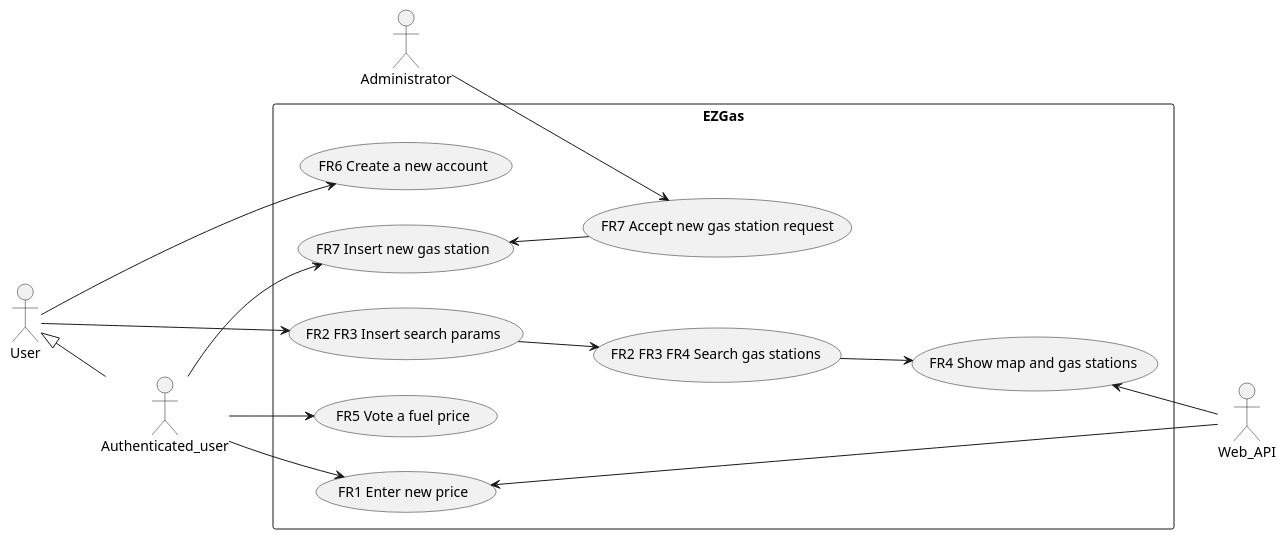
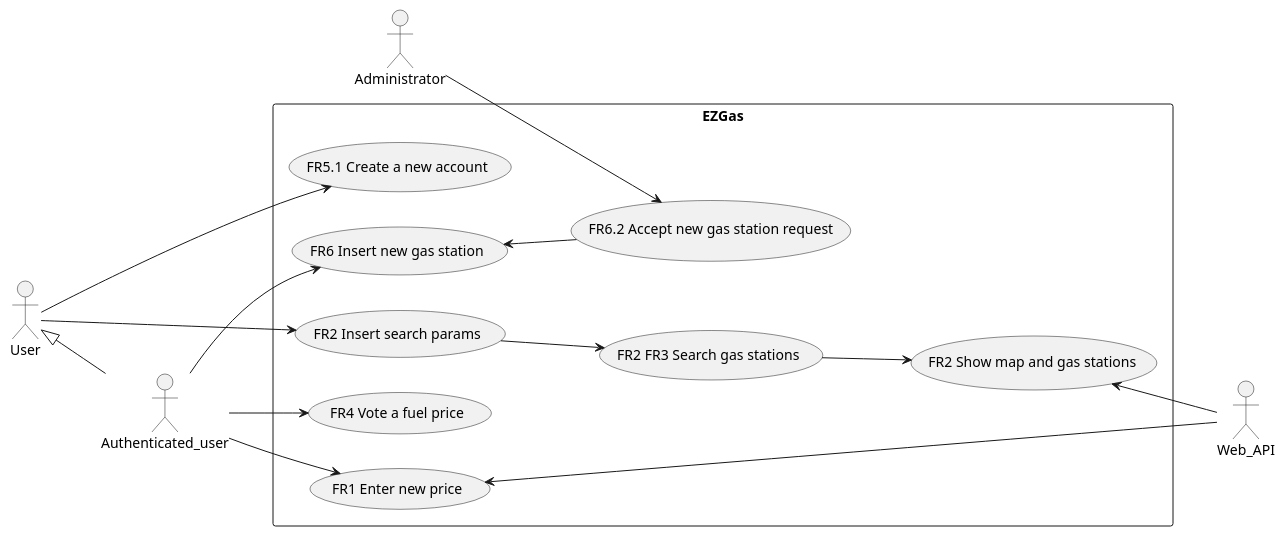
Before and after one commit to SE2-group4/SE1-project: the second of 3 diagrams in docs/RequirementsDocument.md, drawn with PlantUML. The commit also changed other lines of this file, not shown here.

First line of the commit message:
fix: changes to context diagram, FR, UC

````diff
--- a/docs/RequirementsDocument.md
+++ b/docs/RequirementsDocument.md
@@ -116,29 +122,29 @@
 ```plantuml
 @startuml
 
 left to right direction
 
 Actor User as U
 Actor Authenticated_user as AU
 Actor Administrator as A
 Actor Web_API as WA
 
 U <|-- AU
 rectangle EZGas{
-  U -> (FR6 Create a new account)
-  U -> (FR2 FR3 Insert search params)
+  U -> (FR5.1 Create a new account)
+  U -> (FR2 Insert search params)
 
-  AU --> (FR5 Vote a fuel price)
-  AU --> (FR7 Insert new gas station)
-  A --> (FR7 Accept new gas station request)
+  AU --> (FR4 Vote a fuel price)
+  AU --> (FR6 Insert new gas station)
+  A --> (FR6.2 Accept new gas station request)
   AU --> (FR1 Enter new price)
 
-  (FR4 Show map and gas stations) <-- WA
-  (FR7 Insert new gas station) <-- (FR7 Accept new gas station request)
-  (FR2 FR3 Insert search params) --> (FR2 FR3 FR4 Search gas stations)
-  (FR2 FR3 FR4 Search gas stations) --> (FR4 Show map and gas stations)
+  (FR2 Show map and gas stations) <-- WA
+  (FR6 Insert new gas station) <-- (FR6.2 Accept new gas station request)
+  (FR2 Insert search params) --> (FR2 FR3 Search gas stations)
+  (FR2 FR3 Search gas stations) --> (FR2 Show map and gas stations)
   WA --> (FR1 Enter new price)
 }
 
 @enduml
 ```
````
